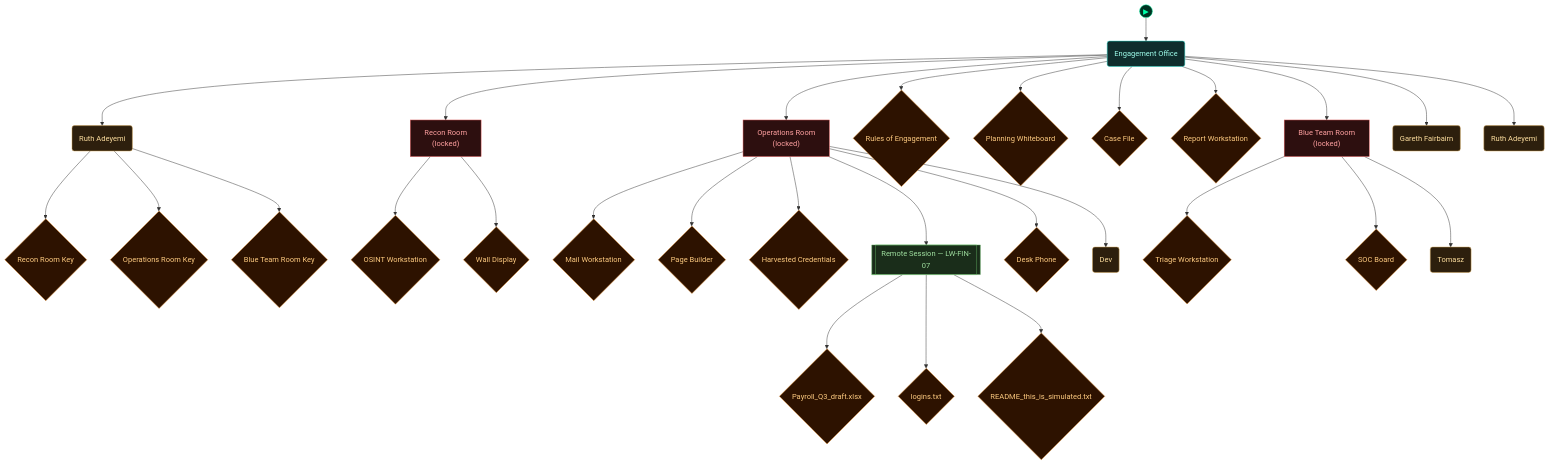
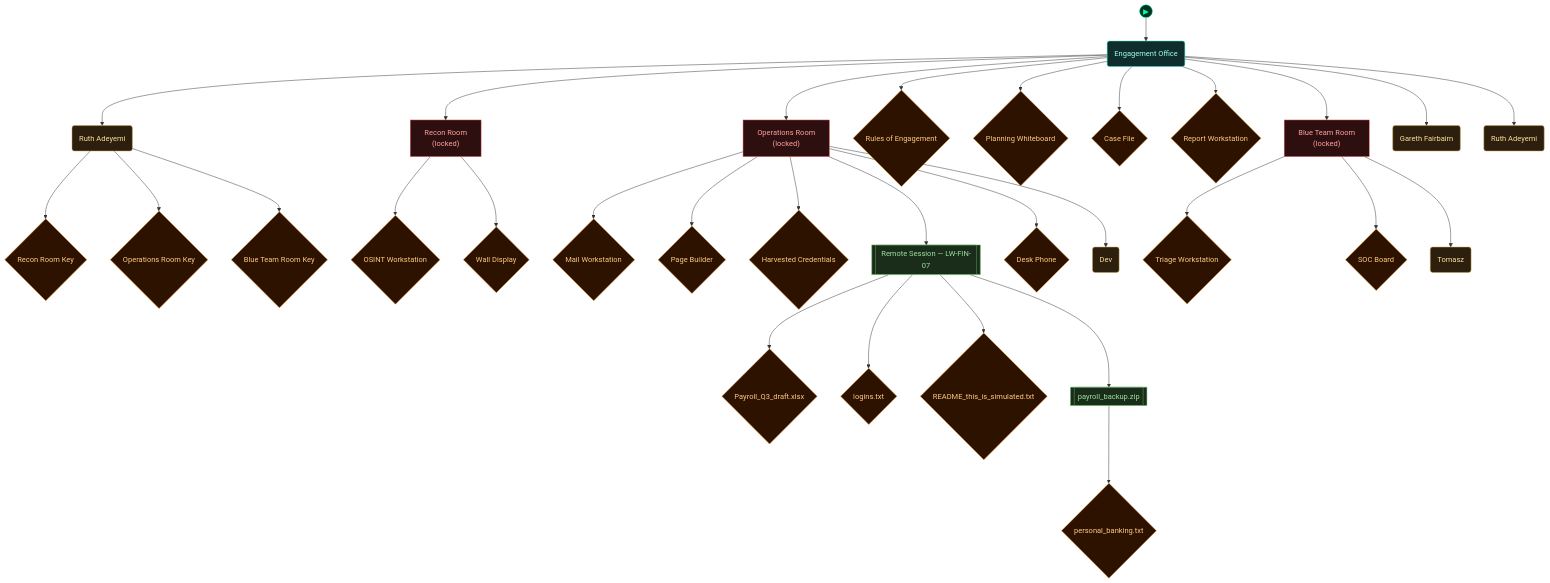
One commit to cliffe/BreakEscape changed the fifth of 5 diagrams in scenarios/lab_social_engineering/dungeon_graph.md. Above: the diagram before and after it, drawn with Mermaid. The commit also changed other lines of this file and 4 other files, not shown here.

Commit message:
SE lab captures: optional Escalate aim (foothold + reused-password archive), zip on Sofia's desktop (nested password container, same captured password), scope sheet authorises payloads/foothold; container minigame opens locked nested containers

````diff
--- a/scenarios/lab_social_engineering/dungeon_graph.md
+++ b/scenarios/lab_social_engineering/dungeon_graph.md
@@ -356,11 +364,13 @@
   rc_obj17_17{"Payroll_Q3_draft.xlsx"}
   rc_obj18_18{"logins.txt"}
   rc_obj19_19{"README_this_is_simulated.txt"}
-  rc_desk_phone_20{"Desk Phone"}
-  rc_npc_dev_21("Dev")
-  rc_triage_workstation_22{"Triage Workstation"}
-  rc_soc_board_23{"SOC Board"}
-  rc_npc_tomasz_24("Tomasz")
+  rc_sofia_archive_20[["payroll_backup.zip"]]
+  rc_obj21_21{"personal_banking.txt"}
+  rc_desk_phone_22{"Desk Phone"}
+  rc_npc_dev_23("Dev")
+  rc_triage_workstation_24{"Triage Workstation"}
+  rc_soc_board_25{"SOC Board"}
+  rc_npc_tomasz_26("Tomasz")
 
   engagement_office --> recon_room
   engagement_office --> operations_room
@@ -384,16 +394,18 @@
   rc_sofia_remote_16 --> rc_obj17_17
   rc_sofia_remote_16 --> rc_obj18_18
   rc_sofia_remote_16 --> rc_obj19_19
-  operations_room --> rc_desk_phone_20
-  operations_room --> rc_npc_dev_21
-  blue_team_room --> rc_triage_workstation_22
-  blue_team_room --> rc_soc_board_23
-  blue_team_room --> rc_npc_tomasz_24
+  rc_sofia_remote_16 --> rc_sofia_archive_20
+  rc_sofia_archive_20 --> rc_obj21_21
+  operations_room --> rc_desk_phone_22
+  operations_room --> rc_npc_dev_23
+  blue_team_room --> rc_triage_workstation_24
+  blue_team_room --> rc_soc_board_25
+  blue_team_room --> rc_npc_tomasz_26
 
   class engagement_office room
   class recon_room,operations_room,blue_team_room lock
-  class rc_roe_sheet_1,rc_planning_whiteboard_2,rc_recon_board_3,rc_report_workstation_4,rc_recon_key_6,rc_operations_key_7,rc_blue_team_key_8,rc_osint_workstation_11,rc_recon_info_screen_12,rc_mail_workstation_13,rc_page_builder_14,rc_captures_terminal_15,rc_obj17_17,rc_obj18_18,rc_obj19_19,rc_desk_phone_20,rc_triage_workstation_22,rc_soc_board_23 item
-  class rc_npc_ruth_adeyemi_5,rc_npc_gareth_fairbairn_9,rc_npc_ruth_adeyemi_10,rc_npc_dev_21,rc_npc_tomasz_24 npc
-  class rc_sofia_remote_16 container
+  class rc_roe_sheet_1,rc_planning_whiteboard_2,rc_recon_board_3,rc_report_workstation_4,rc_recon_key_6,rc_operations_key_7,rc_blue_team_key_8,rc_osint_workstation_11,rc_recon_info_screen_12,rc_mail_workstation_13,rc_page_builder_14,rc_captures_terminal_15,rc_obj17_17,rc_obj18_18,rc_obj19_19,rc_obj21_21,rc_desk_phone_22,rc_triage_workstation_24,rc_soc_board_25 item
+  class rc_npc_ruth_adeyemi_5,rc_npc_gareth_fairbairn_9,rc_npc_ruth_adeyemi_10,rc_npc_dev_23,rc_npc_tomasz_26 npc
+  class rc_sofia_remote_16,rc_sofia_archive_20 container
   class node_start start
 ```
````
